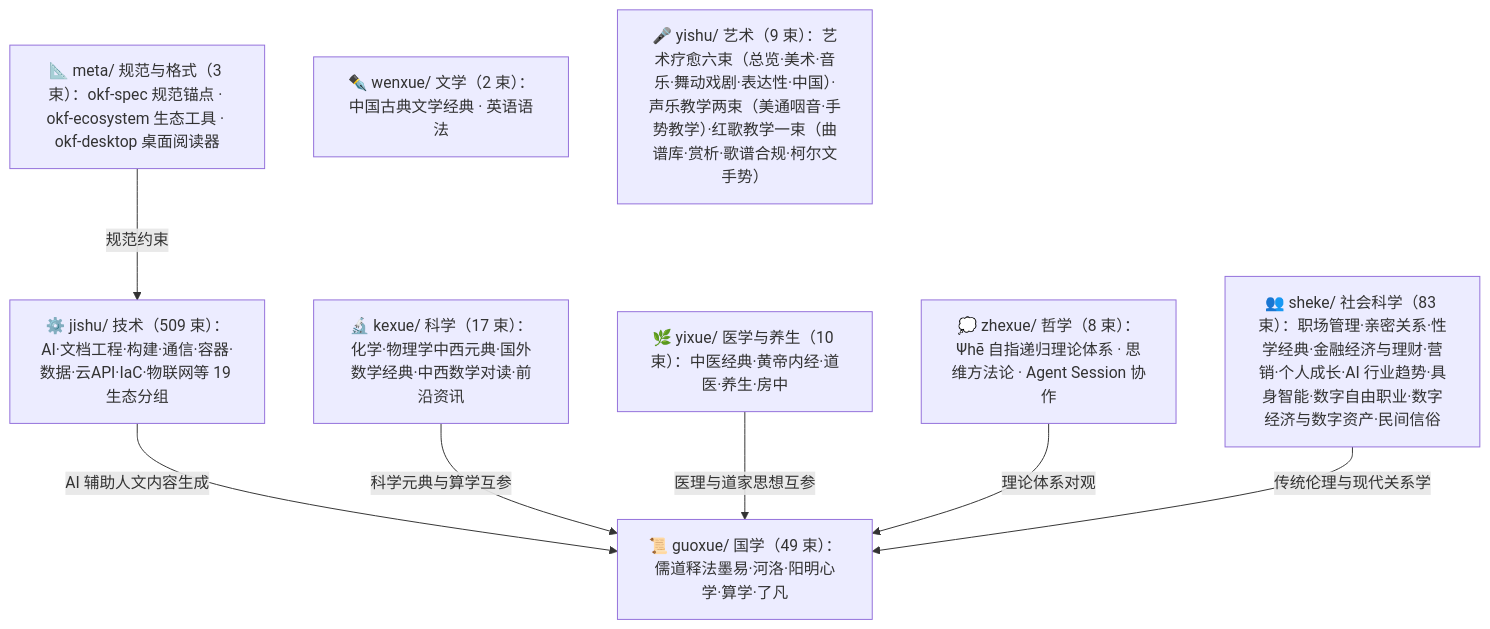
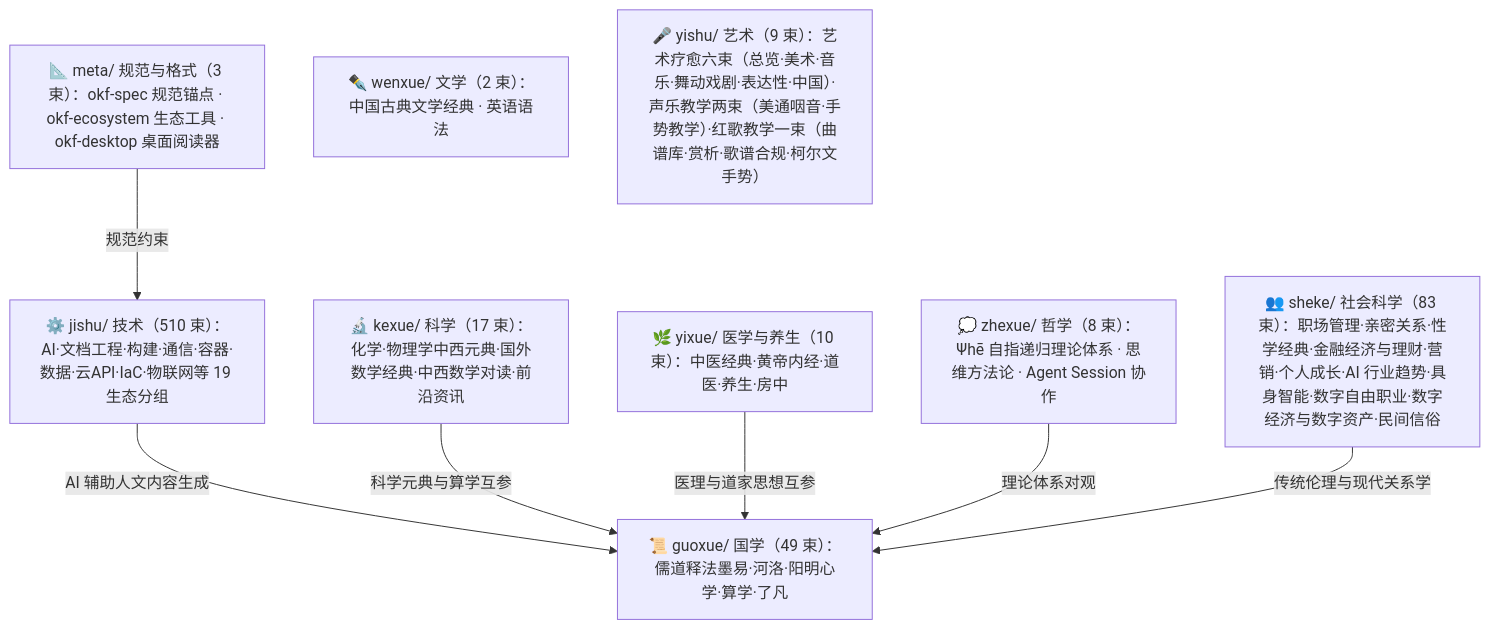
Before and after one commit to awesome-flexloop/awesome-okf: the diagram in doc/bundles/index.md, drawn with Mermaid. The commit also changed other lines of this file and 14 other files, not shown here.

````diff
--- a/doc/bundles/index.md
+++ b/doc/bundles/index.md
@@ -21,18 +21,18 @@
 ```mermaid
 flowchart TD
     meta["📐 meta/ 规范与格式（3 束）：okf-spec 规范锚点 · okf-ecosystem 生态工具 · okf-desktop 桌面阅读器"]
     guoxue["📜 guoxue/ 国学（49 束）：儒道释法墨易·河洛·阳明心学·算学·了凡"]
     zhexue["💭 zhexue/ 哲学（8 束）：Ψhē 自指递归理论体系 · 思维方法论 · Agent Session 协作"]
     kexue["🔬 kexue/ 科学（17 束）：化学·物理学中西元典·国外数学经典·中西数学对读·前沿资讯"]
     wenxue["✒️ wenxue/ 文学（2 束）：中国古典文学经典 · 英语语法"]
     yixue["🌿 yixue/ 医学与养生（10 束）：中医经典·黄帝内经·道医·养生·房中"]
     sheke["👥 sheke/ 社会科学（83 束）：职场管理·亲密关系·性学经典·金融经济与理财·营销·个人成长·AI 行业趋势·具身智能·数字自由职业·数字经济与数字资产·民间信俗"]
     yishu["🎤 yishu/ 艺术（9 束）：艺术疗愈六束（总览·美术·音乐·舞动戏剧·表达性·中国）·声乐教学两束（美通咽音·手势教学）·红歌教学一束（曲谱库·赏析·歌谱合规·柯尔文手势）"]
-    jishu["⚙️ jishu/ 技术（509 束）：AI·文档工程·构建·通信·容器·数据·云API·IaC·物联网等 19 生态分组"]
+    jishu["⚙️ jishu/ 技术（510 束）：AI·文档工程·构建·通信·容器·数据·云API·IaC·物联网等 19 生态分组"]
     meta -->|"规范约束"| jishu
     jishu -->|"AI 辅助人文内容生成"| guoxue
     kexue -->|"科学元典与算学互参"| guoxue
     yixue -->|"医理与道家思想互参"| guoxue
     zhexue -->|"理论体系对观"| guoxue
     sheke -->|"传统伦理与现代关系学"| guoxue
 ```
````
